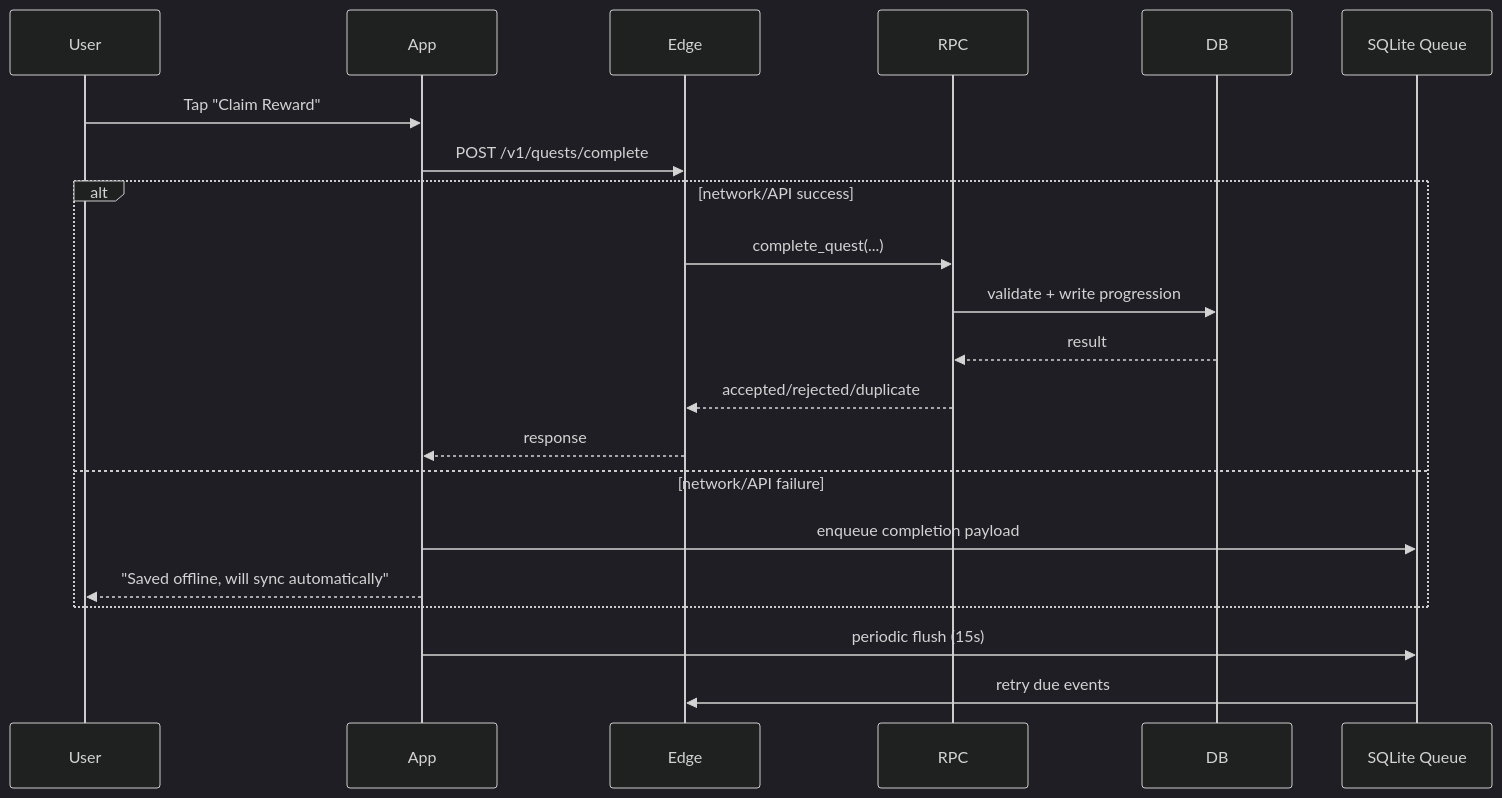
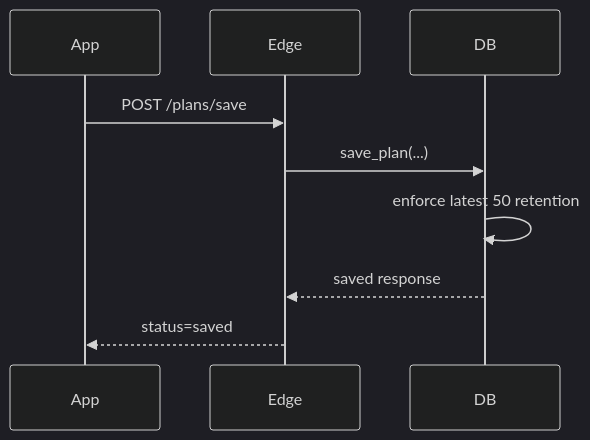
The third of 3 diagrams in docs/architecture.md (atul-krishnan/supreme-bassoon-passport-quest), drawn with Mermaid (dark theme) before and after one commit. The commit also changed other lines of this file and 10 other files, not shown here.

Commit message:
test/docs: add phase-a plan flow coverage, smoke checks, and UAT evidence templates

````diff
--- a/docs/architecture.md
+++ b/docs/architecture.md
@@ -175,24 +131,12 @@
 ```mermaid
 sequenceDiagram
-  participant User
   participant App
   participant Edge
-  participant RPC
   participant DB
-  participant Queue as SQLite Queue
 
-  User->>App: Tap "Claim Reward"
-  App->>Edge: POST /v1/quests/complete
-  alt network/API success
-    Edge->>RPC: complete_quest(...)
-    RPC->>DB: validate + write progression
-    DB-->>RPC: result
-    RPC-->>Edge: accepted/rejected/duplicate
-    Edge-->>App: response
-  else network/API failure
-    App->>Queue: enqueue completion payload
-    App-->>User: "Saved offline, will sync automatically"
-  end
-  App->>Queue: periodic flush (15s)
-  Queue->>Edge: retry due events
+  App->>Edge: POST /plans/save
+  Edge->>DB: save_plan(...)
+  DB->>DB: enforce latest 50 retention
+  DB-->>Edge: saved response
+  Edge-->>App: status=saved
 ```
````
